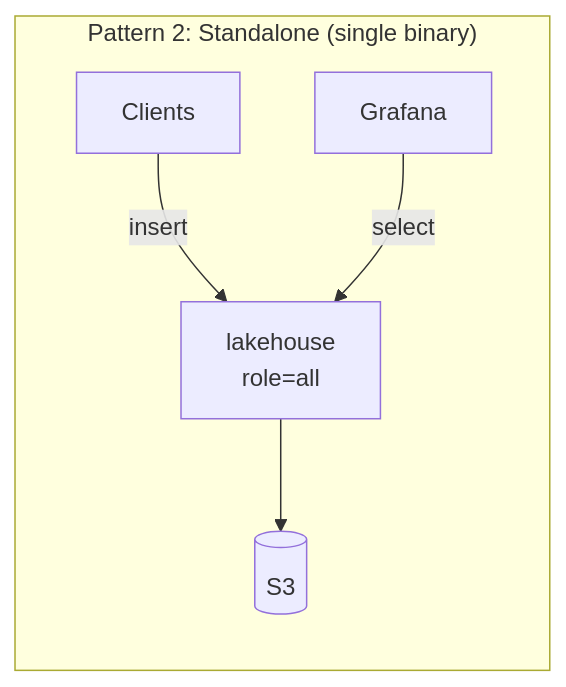
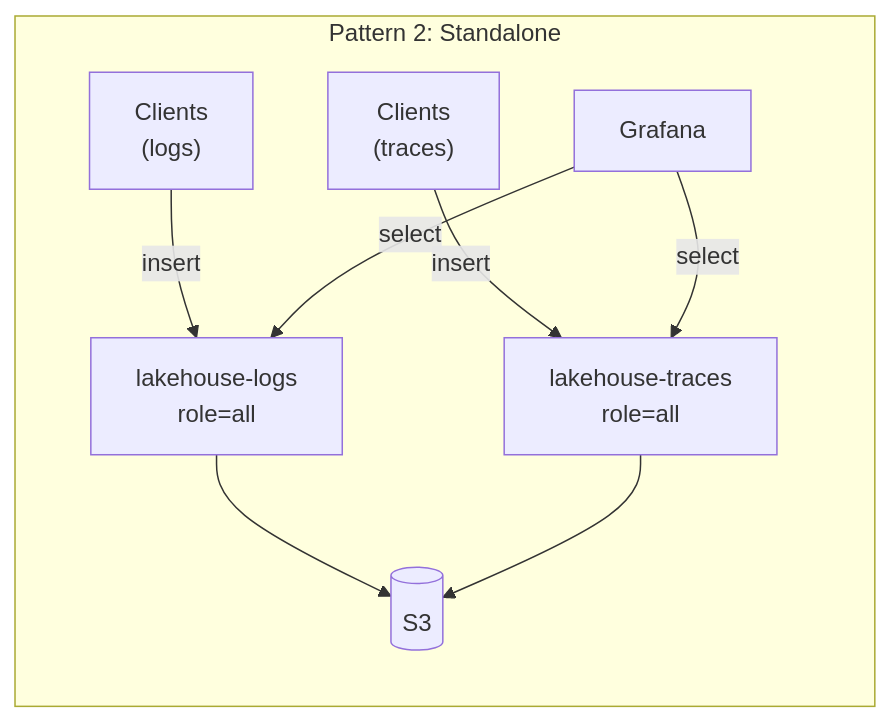
The fifth of 8 diagrams in README.md (ReliablyObserve/victoria-lakehouse), drawn with Mermaid before and after one commit. The commit also changed other lines of this file and 99 other files, not shown here.

First line of the commit message:
feat: split into separate lakehouse-logs and lakehouse-traces binaries

````diff
--- a/README.md
+++ b/README.md
@@ -202,8 +227,11 @@
 ```mermaid
 graph LR
-    subgraph "Pattern 2: Standalone (single binary)"
-        C2["Clients"] -->|insert| LH2["lakehouse<br/>role=all"]
-        G2["Grafana"] -->|select| LH2
-        LH2 --> S2[("S3")]
+    subgraph "Pattern 2: Standalone"
+        C2L["Clients<br/>(logs)"] -->|insert| LHL2["lakehouse-logs<br/>role=all"]
+        C2T["Clients<br/>(traces)"] -->|insert| LHT2["lakehouse-traces<br/>role=all"]
+        G2["Grafana"] -->|select| LHL2
+        G2 -->|select| LHT2
+        LHL2 --> S2[("S3")]
+        LHT2 --> S2
     end
 ```
````
